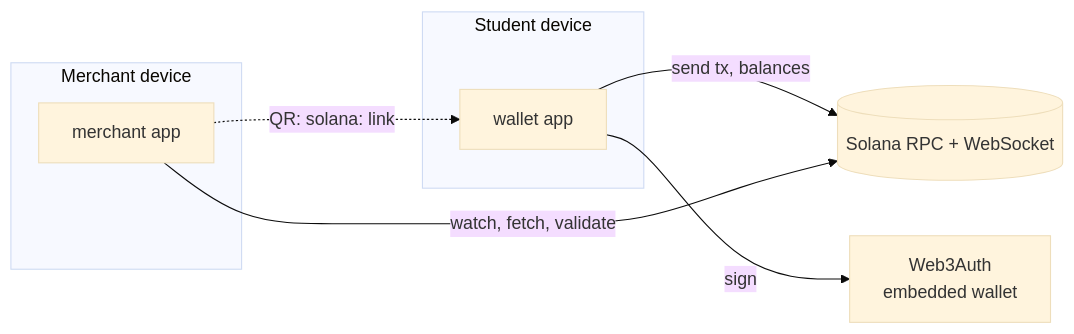
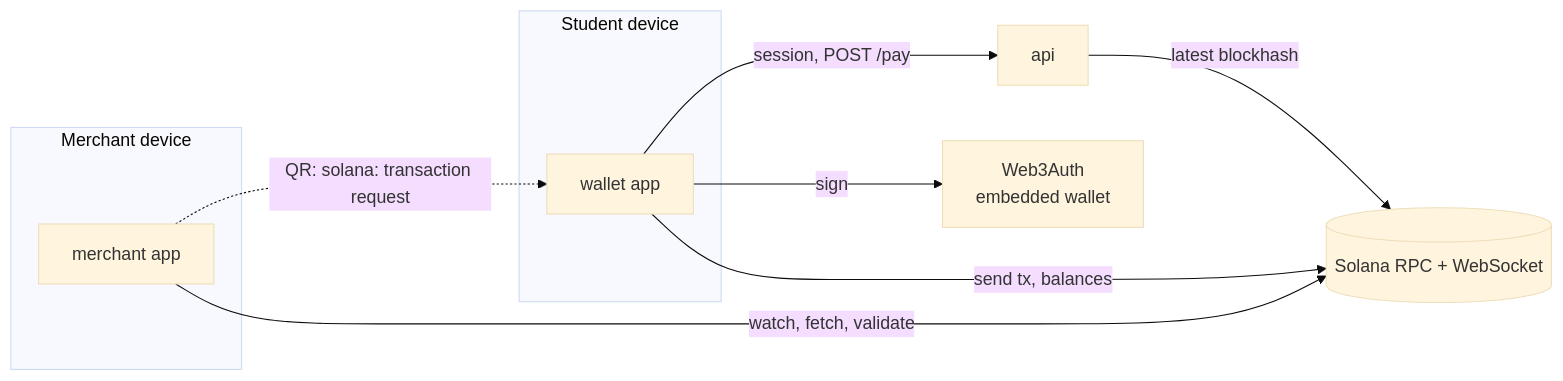
The first of 3 diagrams in docs/architecture.md (aek676/uallet), drawn with Mermaid (base theme) before and after one commit. The commit also changed other lines of this file and 52 other files, not shown here.

First line of the commit message:
feat: pay charges through a Solana Pay transaction request to the API (#34)

````diff
--- a/docs/architecture.md
+++ b/docs/architecture.md
@@ -14,13 +16,15 @@
 ```mermaid
 flowchart LR
   subgraph Student device
     W[wallet app]
   end
   subgraph Merchant device
     M[merchant app]
   end
+  W -- session, POST /pay --> API[api]
+  API -- latest blockhash --> R
   W -- sign --> A[Web3Auth<br/>embedded wallet]
   W -- send tx, balances --> R[(Solana RPC + WebSocket)]
   M -- watch, fetch, validate --> R
-  M -. "QR: solana: link" .-> W
+  M -. "QR: solana: transaction request" .-> W
 ```
````
